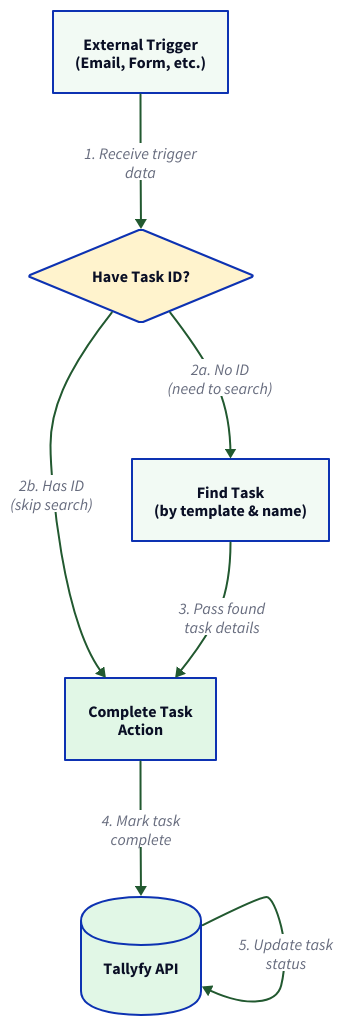
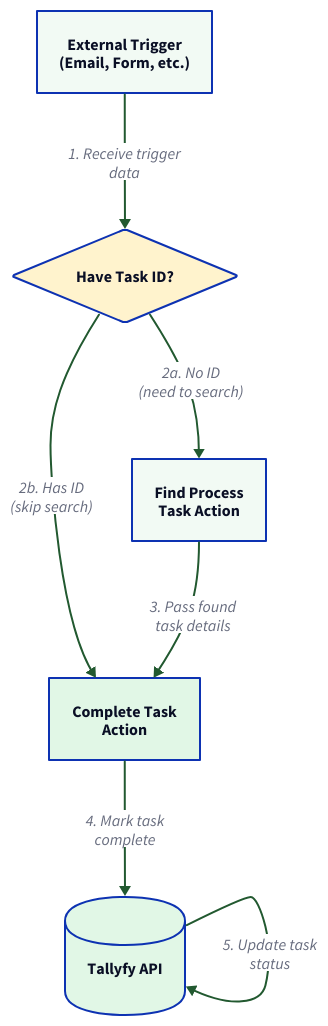
Before and after one commit to tallyfy/documentation: the diagram in src/content/docs/pro/integrations/middleware/zapier/how-to-automate-tasks-in-tallyfy-using-zaps.mdx, drawn with D2. The commit also changed 12 other files, not shown here.

````diff
--- a/src/content/docs/pro/integrations/middleware/zapier/how-to-automate-tasks-in-tallyfy-using-zaps.mdx
+++ b/src/content/docs/pro/integrations/middleware/zapier/how-to-automate-tasks-in-tallyfy-using-zaps.mdx
@@ -21,54 +21,54 @@
 ```d2
 direction: down
 
 Trigger: "External Trigger\n(Email, Form, etc.)" {
   shape: rectangle
   style.fill: "#f2faf4"
 }
 
 Check: "Have Task ID?" {
   shape: diamond
   style.fill: "#fff3cd"
 }
 
-Find: "Find Task\n(by template & name)" {
+Find: "Find Process\nTask Action" {
   shape: rectangle
   style.fill: "#f2faf4"
 }
 
 Complete: "Complete Task\nAction" {
   shape: rectangle
   style.fill: "#e1f7e6"
 }
 
 API: "Tallyfy API" {
   shape: cylinder
   style.fill: "#e1f7e6"
 }
 
 Trigger -> Check: "1. Receive trigger\ndata" {
   style.stroke: "#225930"
 }
 
 Check -> Find: "2a. No ID\n(need to search)" {
   style.stroke: "#225930"
 }
 
 Check -> Complete: "2b. Has ID\n(skip search)" {
   style.stroke: "#225930"
   style.stroke-width: 2
 }
 
 Find -> Complete: "3. Pass found\ntask details" {
   style.stroke: "#225930"
 }
 
 Complete -> API: "4. Mark task\ncomplete" {
   style.stroke: "#225930"
   style.stroke-width: 2
 }
 
 API -> API: "5. Update task\nstatus" {
   style.stroke: "#225930"
 }
 ```
````
